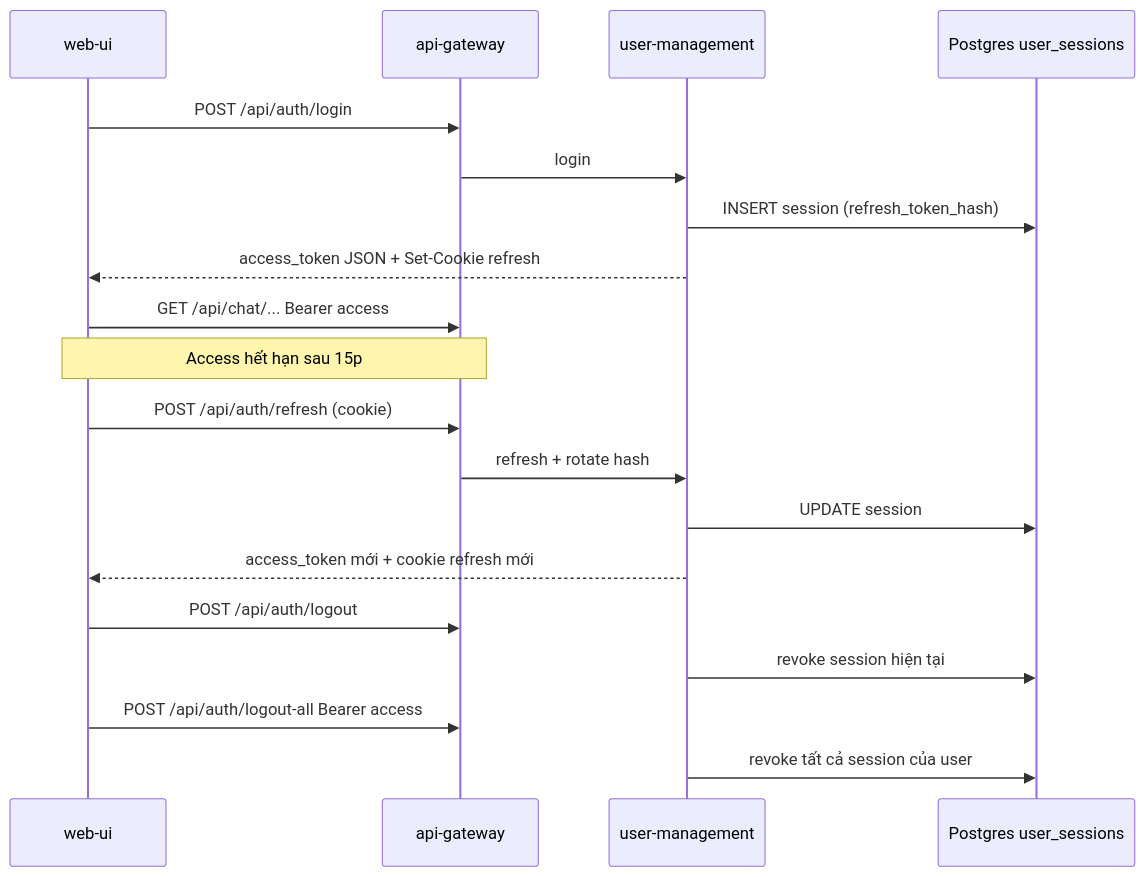
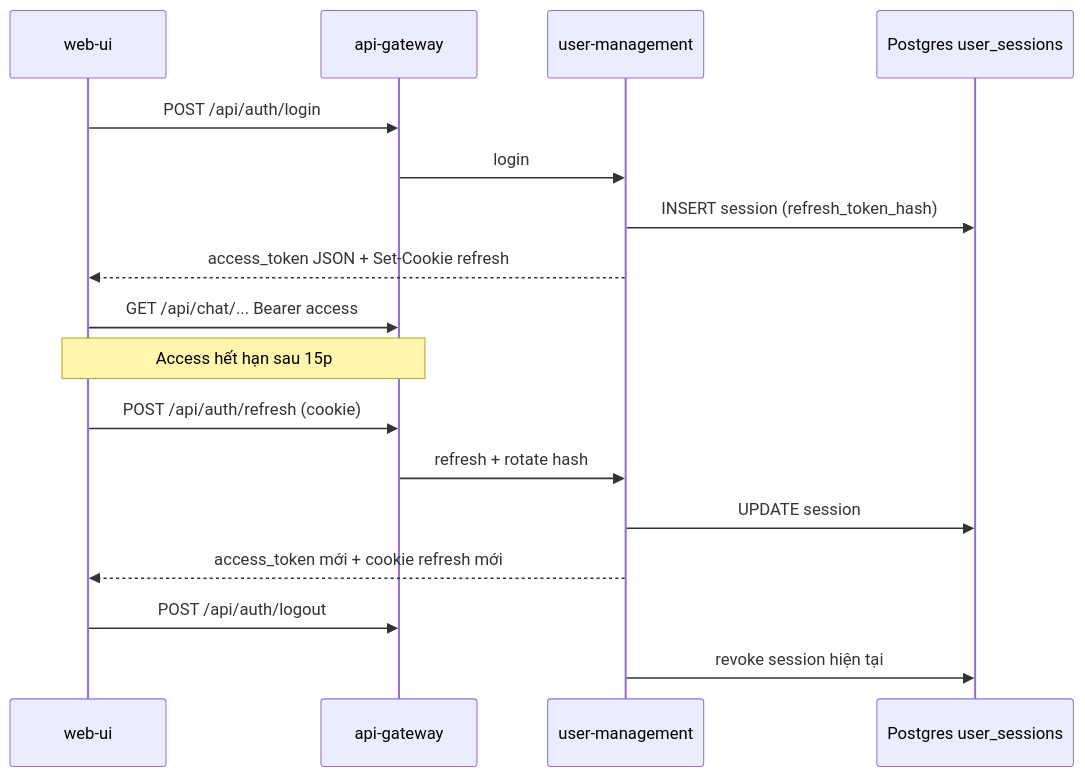
Before and after one commit to havie2309/academy-ai-platform: the fourth of 5 diagrams in docs/plan.md, drawn with Mermaid. The commit also changed 32 other files, not shown here.

Commit message:
Add readonly text-to-sql flow

````diff
--- a/docs/plan.md
+++ b/docs/plan.md
@@ -177,26 +177,24 @@
 ```mermaid
 sequenceDiagram
   participant UI as web-ui
   participant GW as api-gateway
   participant UM as user-management
   participant PG as Postgres user_sessions
 
   UI->>GW: POST /api/auth/login
   GW->>UM: login
   UM->>PG: INSERT session (refresh_token_hash)
   UM-->>UI: access_token JSON + Set-Cookie refresh
 
   UI->>GW: GET /api/chat/... Bearer access
   Note over UI,GW: Access hết hạn sau 15p
 
   UI->>GW: POST /api/auth/refresh (cookie)
   GW->>UM: refresh + rotate hash
   UM->>PG: UPDATE session
   UM-->>UI: access_token mới + cookie refresh mới
 
   UI->>GW: POST /api/auth/logout
   UM->>PG: revoke session hiện tại
 
-  UI->>GW: POST /api/auth/logout-all Bearer access
-  UM->>PG: revoke tất cả session của user
 ```
````
